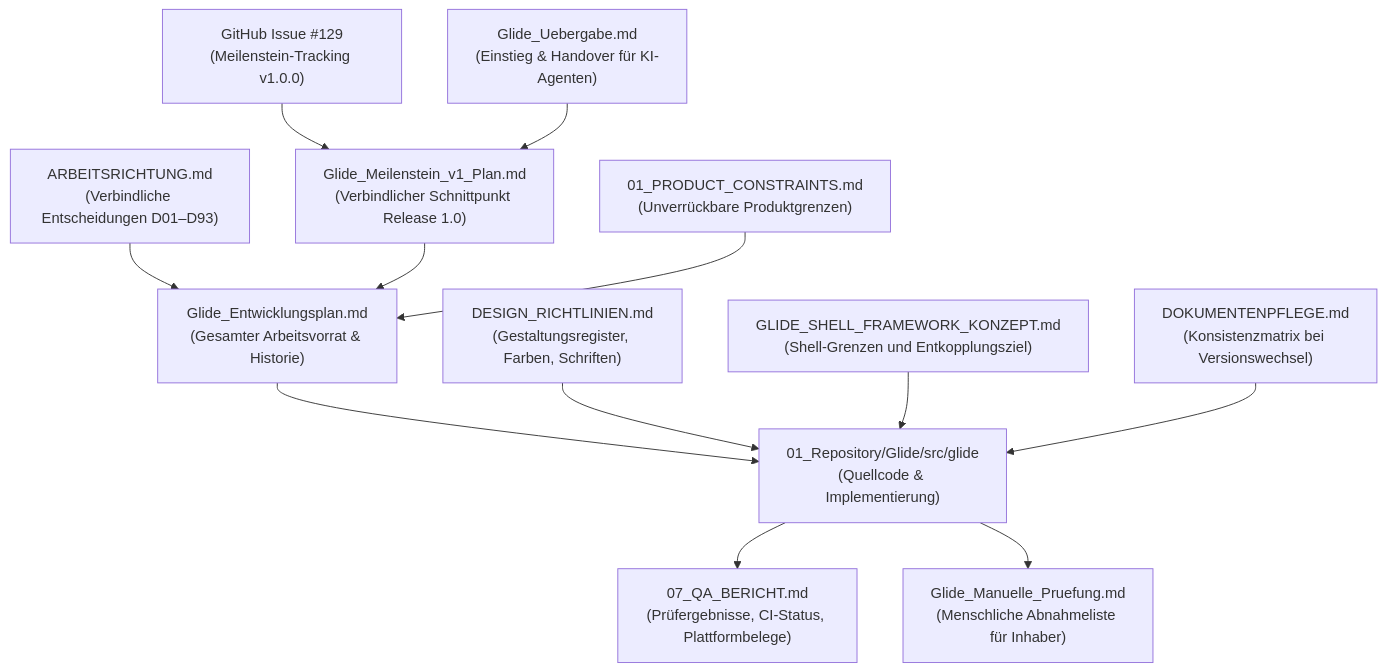
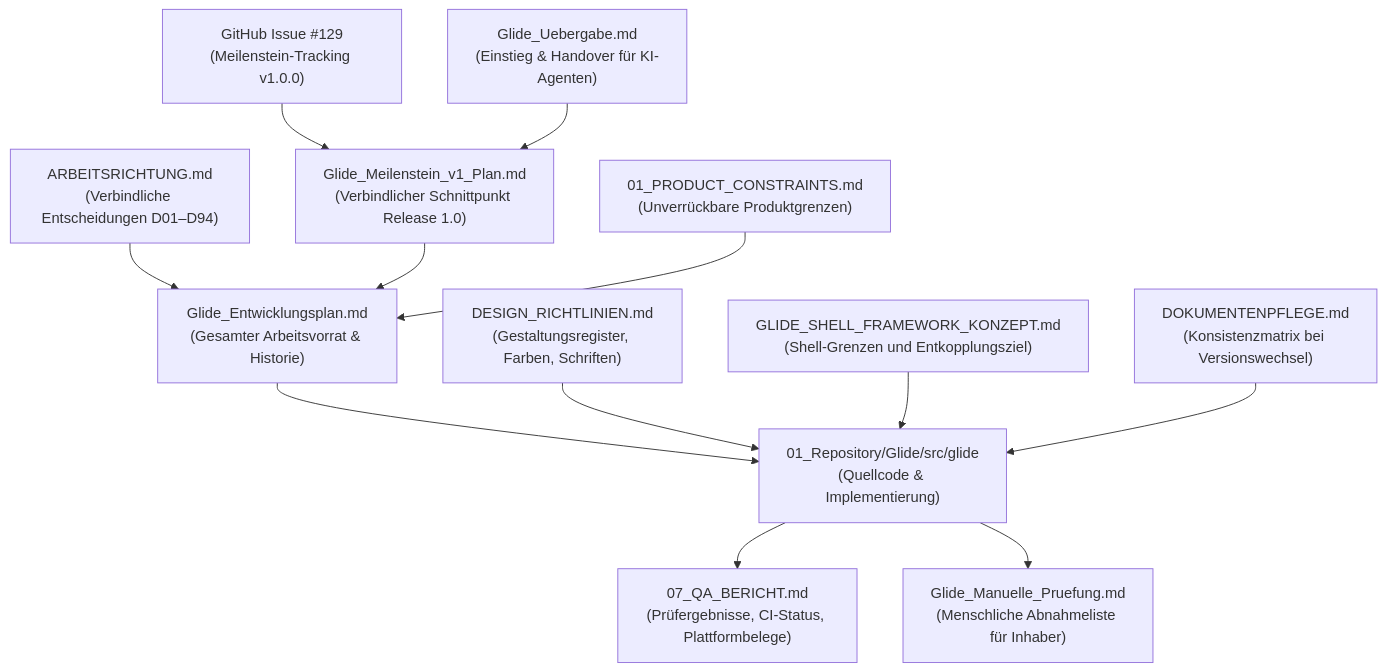
The first of 2 diagrams in 00_Arbeitsvorbereitung/Glide_Uebergabe.md (n05a-design/glide-to-do), drawn with Mermaid before and after one commit. The commit also changed other lines of this file and 18 other files, not shown here.

````diff
--- a/00_Arbeitsvorbereitung/Glide_Uebergabe.md
+++ b/00_Arbeitsvorbereitung/Glide_Uebergabe.md
@@ -66,14 +66,14 @@
 ```mermaid
 flowchart TD
-    AR["ARBEITSRICHTUNG.md<br/>(Verbindliche Entscheidungen D01–D93)"] --> EP["Glide_Entwicklungsplan.md<br/>(Gesamter Arbeitsvorrat & Historie)"]
+    AR["ARBEITSRICHTUNG.md<br/>(Verbindliche Entscheidungen D01–D94)"] --> EP["Glide_Entwicklungsplan.md<br/>(Gesamter Arbeitsvorrat & Historie)"]
     MPLAN["Glide_Meilenstein_v1_Plan.md<br/>(Verbindlicher Schnittpunkt Release 1.0)"] --> EP
     ISSUE["GitHub Issue #129<br/>(Meilenstein-Tracking v1.0.0)"] --> MPLAN
     PC["01_PRODUCT_CONSTRAINTS.md<br/>(Unverrückbare Produktgrenzen)"] --> EP
     EP --> PROD["01_Repository/Glide/src/glide<br/>(Quellcode & Implementierung)"]
     DR["DESIGN_RICHTLINIEN.md<br/>(Gestaltungsregister, Farben, Schriften)"] --> PROD
     SK["GLIDE_SHELL_FRAMEWORK_KONZEPT.md<br/>(Shell-Grenzen und Entkopplungsziel)"] --> PROD
     PROD --> QA["07_QA_BERICHT.md<br/>(Prüfergebnisse, CI-Status, Plattformbelege)"]
     PROD --> MAN["Glide_Manuelle_Pruefung.md<br/>(Menschliche Abnahmeliste für Inhaber)"]
     DP["DOKUMENTENPFLEGE.md<br/>(Konsistenzmatrix bei Versionswechsel)"] --> PROD
     UEB["Glide_Uebergabe.md<br/>(Einstieg & Handover für KI-Agenten)"] --> MPLAN
 ```
````
